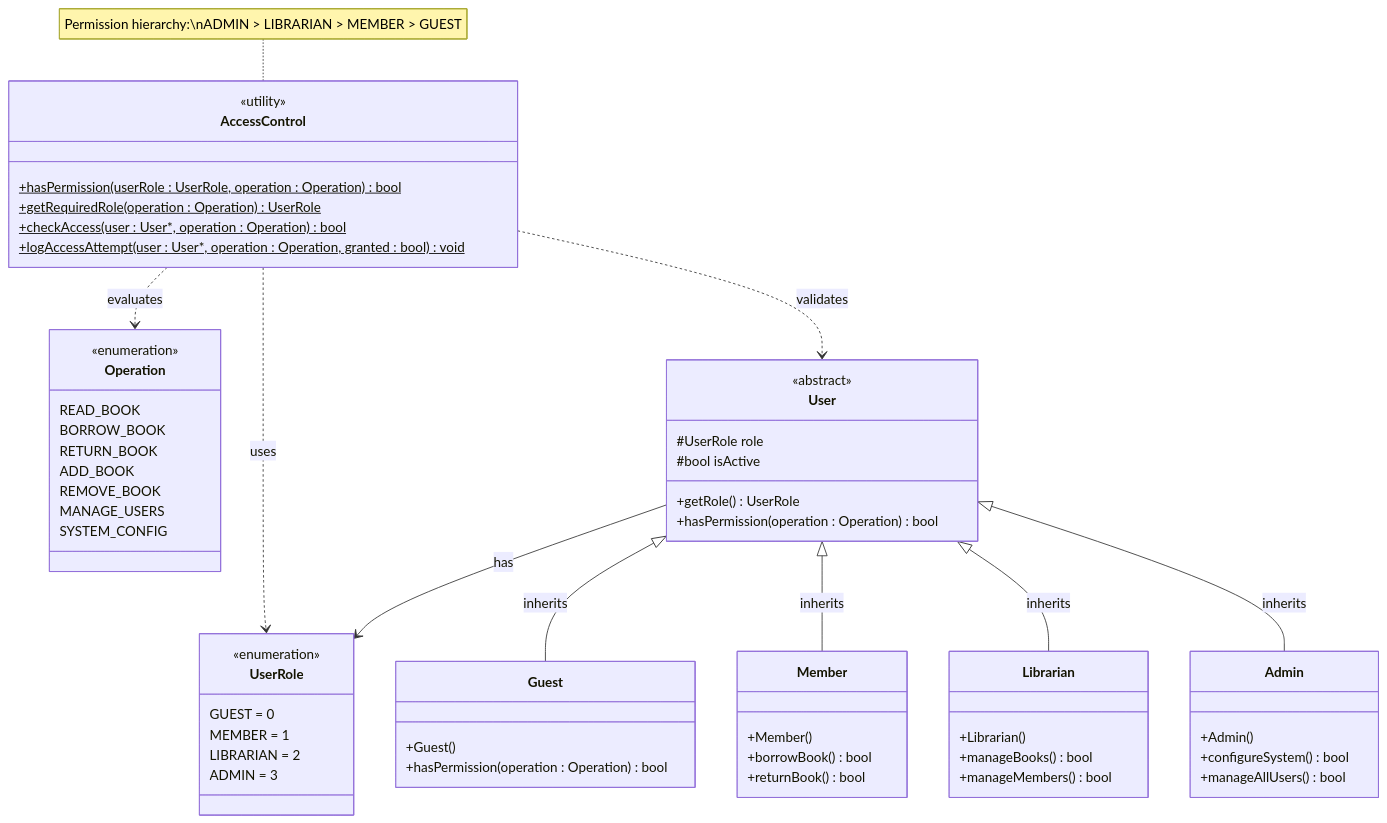
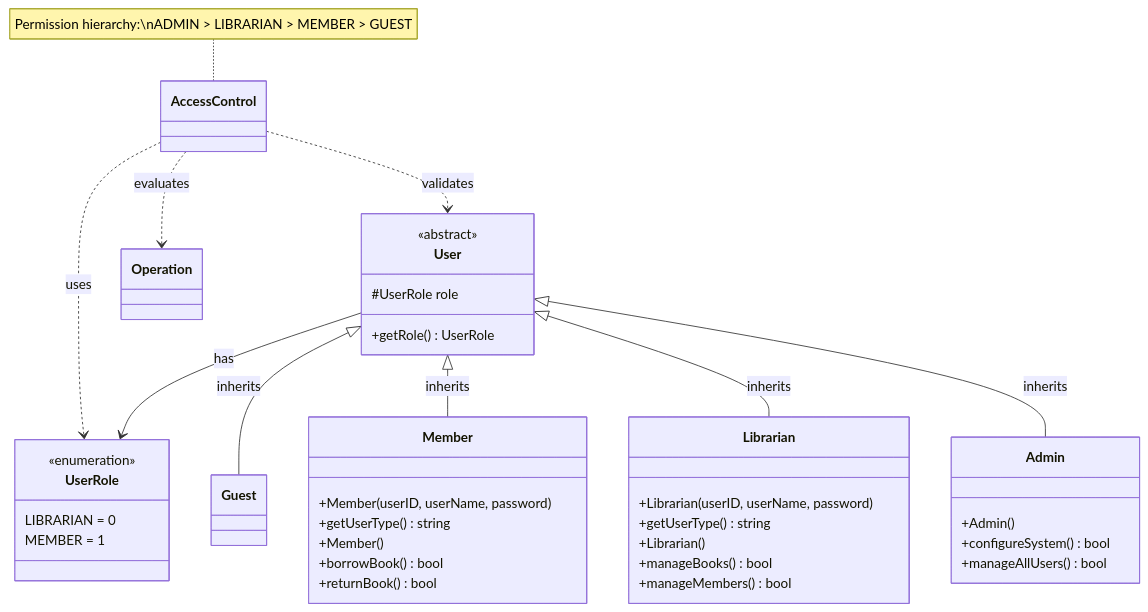
Before and after one commit to DankDaPancake/LibraryManagementSystem: diagram 26 of 29 in docs/report.md, drawn with Mermaid. The commit also changed other lines of this file, not shown here.

````diff
--- a/docs/report.md
+++ b/docs/report.md
@@ -2189,72 +2164,54 @@
 ```mermaid
 classDiagram
     class UserRole {
         <<enumeration>>
-        GUEST = 0
+        LIBRARIAN = 0
         MEMBER = 1
-        LIBRARIAN = 2
-        ADMIN = 3
-    }
-    
-    class AccessControl {
-        <<utility>>
-        +hasPermission(userRole : UserRole, operation : Operation)$ bool
-        +getRequiredRole(operation : Operation)$ UserRole
-        +checkAccess(user : User*, operation : Operation)$ bool
-        +logAccessAttempt(user : User*, operation : Operation, granted : bool)$ void
-    }
-    
-    class Operation {
-        <<enumeration>>
-        READ_BOOK
-        BORROW_BOOK
-        RETURN_BOOK
-        ADD_BOOK
-        REMOVE_BOOK
-        MANAGE_USERS
-        SYSTEM_CONFIG
     }
     
     class User {
         <<abstract>>
         #UserRole role
-        #bool isActive
         +getRole() UserRole
-        +hasPermission(operation : Operation) bool
     }
     
-    class Guest {
-        +Guest()
-        +hasPermission(operation : Operation) bool
+    class Member {
+        +Member(userID, userName, password)
+        +getUserType() string
+    }
+    
+    class Librarian {
+        +Librarian(userID, userName, password)
+        +getUserType() string
     }
     
     class Member {
         +Member()
         +borrowBook() bool
         +returnBook() bool
     }
     
     class Librarian {
         +Librarian()
         +manageBooks() bool
         +manageMembers() bool
     }
     
     class Admin {
         +Admin()
         +configureSystem() bool
         +manageAllUsers() bool
     }
     
     %% Relationships
     AccessControl ..> UserRole : uses
     AccessControl ..> Operation : evaluates
     User --> UserRole : has
     User <|-- Guest : inherits
     User <|-- Member : inherits
     User <|-- Librarian : inherits
     User <|-- Admin : inherits
     AccessControl ..> User : validates
     
     note for AccessControl "Permission hierarchy:\nADMIN > LIBRARIAN > MEMBER > GUEST"
 ```
````
